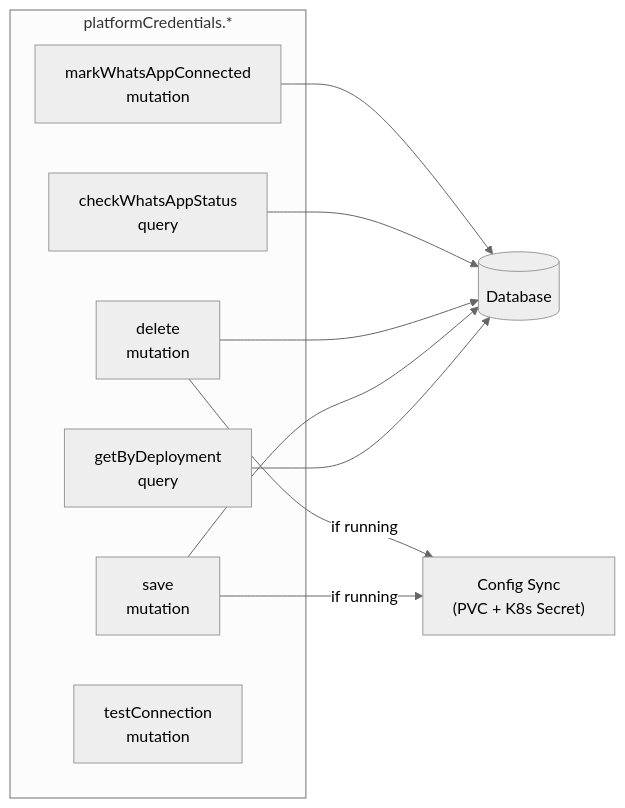
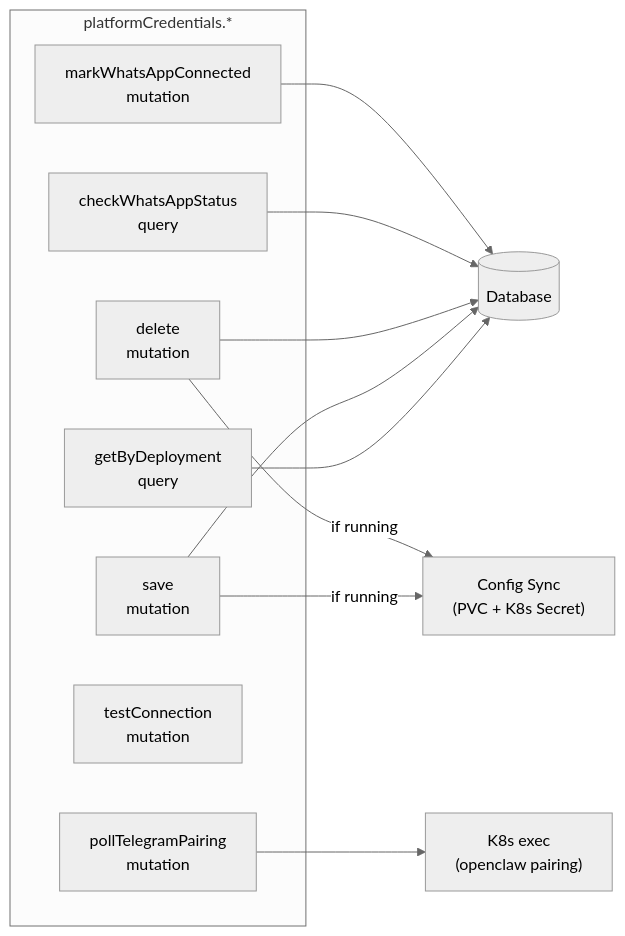
One commit to Bretthb/jarble changed the ninth of 14 diagrams in API-ENDPOINTS.md. Above: the diagram before and after it, drawn with Mermaid (neutral theme). The commit also changed other lines of this file and 7 other files, not shown here.

````diff
--- a/API-ENDPOINTS.md
+++ b/API-ENDPOINTS.md
@@ -377,19 +390,21 @@
 ```mermaid
 graph LR
     subgraph platformCredentials["platformCredentials.*"]
         GET["getByDeployment<br/>query"]
         SAVE["save<br/>mutation"]
         DEL["delete<br/>mutation"]
         WA_CHECK["checkWhatsAppStatus<br/>query"]
         WA_MARK["markWhatsAppConnected<br/>mutation"]
         TEST["testConnection<br/>mutation"]
+        TGPOLL["pollTelegramPairing<br/>mutation"]
     end
 
     GET --> DB[("Database")]
     SAVE --> DB
     SAVE -->|"if running"| K8S["Config Sync<br/>(PVC + K8s Secret)"]
     DEL --> DB
     DEL -->|"if running"| K8S
     WA_CHECK --> DB
     WA_MARK --> DB
+    TGPOLL --> K8SEXEC["K8s exec<br/>(openclaw pairing)"]
 ```
````
